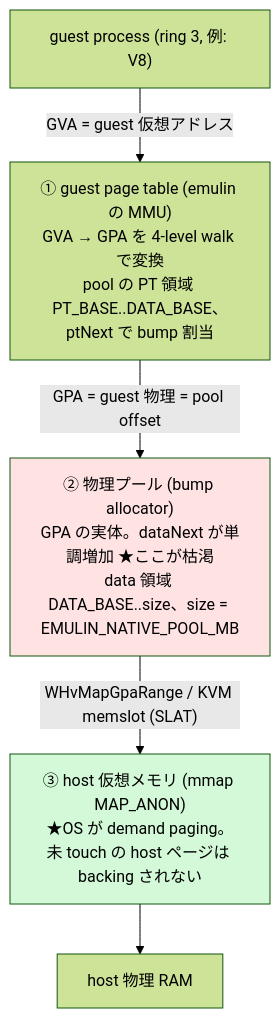
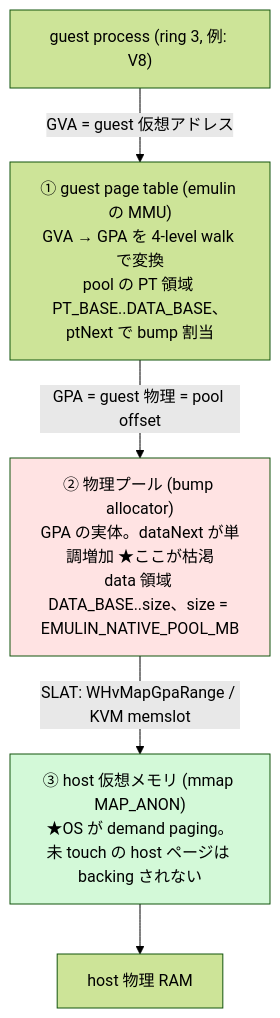
Before and after one commit to kiyoka/Emulin: the first of 6 diagrams in docs/issue392-mmap-demand-paging-design.md, drawn with Mermaid (forest theme). The commit also changed other lines of this file, not shown here.

````diff
--- a/docs/issue392-mmap-demand-paging-design.md
+++ b/docs/issue392-mmap-demand-paging-design.md
@@ -36,12 +59,12 @@
 ```mermaid
 flowchart TD
   G["guest process (ring 3, 例: V8)"] -->|"GVA = guest 仮想アドレス"| PT
   PT["① guest page table (emulin の MMU)<br/>GVA → GPA を 4-level walk で変換<br/>pool の PT 領域 PT_BASE..DATA_BASE、ptNext で bump 割当"]
   PT -->|"GPA = guest 物理 = pool offset"| POOL
   POOL["② 物理プール (bump allocator)<br/>GPA の実体。dataNext が単調増加 ★ここが枯渇<br/>data 領域 DATA_BASE..size、size = EMULIN_NATIVE_POOL_MB"]
-  POOL -->|"WHvMapGpaRange / KVM memslot (SLAT)"| HOST
+  POOL -->|"SLAT: WHvMapGpaRange / KVM memslot"| HOST
   HOST["③ host 仮想メモリ (mmap MAP_ANON)<br/>★OS が demand paging。未 touch の host ページは backing されない"]
   HOST --> RAM["host 物理 RAM"]
   style POOL fill:#ffe3e3
   style HOST fill:#d3f9d8
 ```
````
